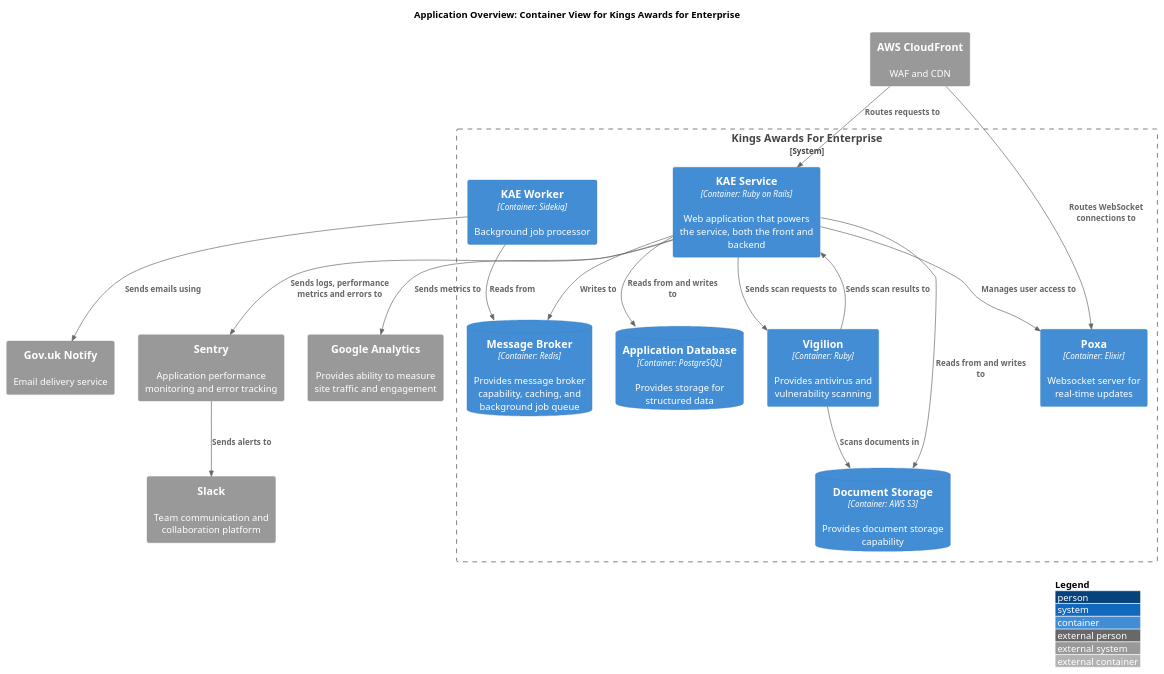
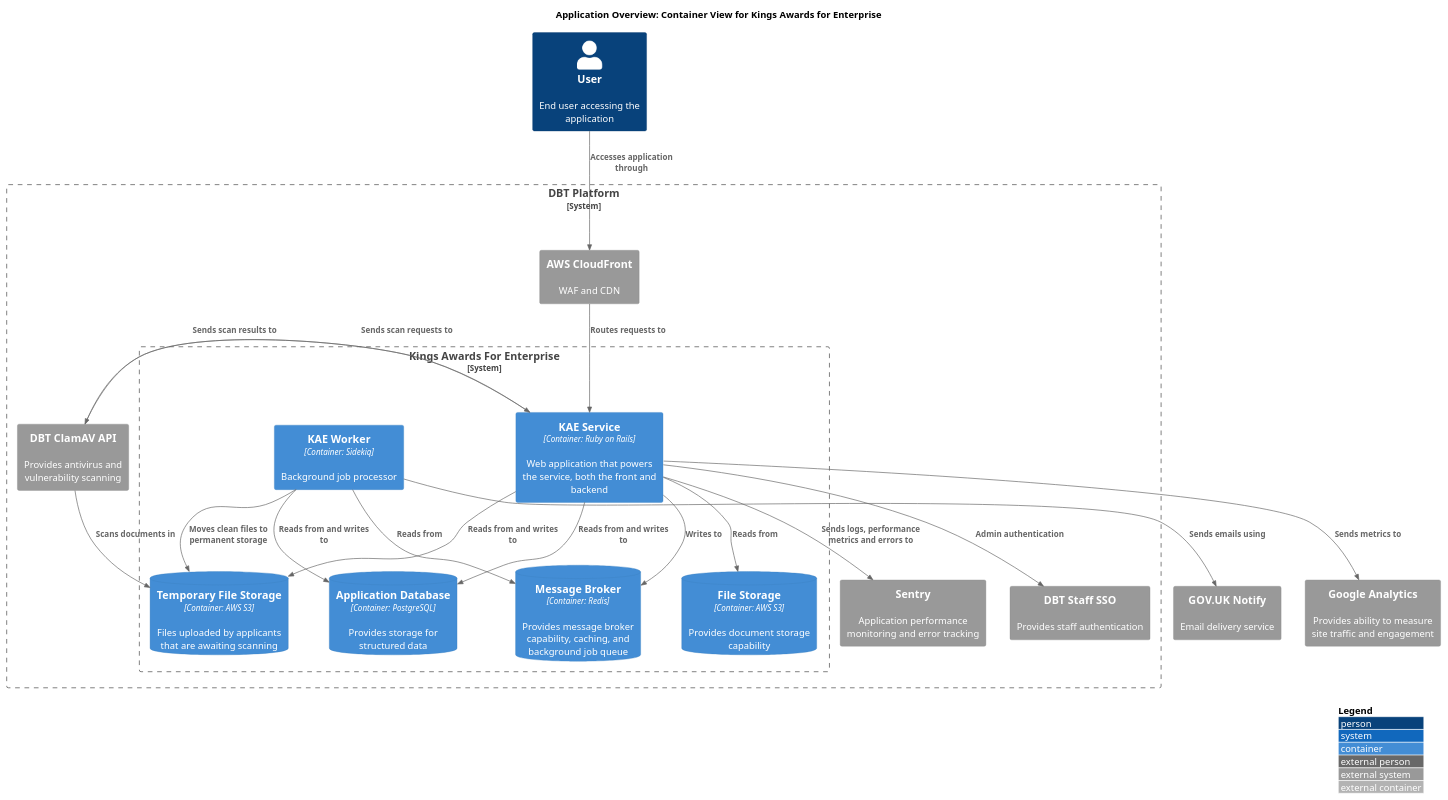
One commit to bitzesty/qae changed the diagram in doc/architecture/diagrams/application_overview.puml. Above: the diagram before and after it, drawn with PlantUML. The commit also changed 1 other file, not shown here.

Commit message:
Update system diagram
The to be scenario once we are on the DBT platform.

```diff
--- a/doc/architecture/diagrams/application_overview.puml
+++ b/doc/architecture/diagrams/application_overview.puml
@@ -1,39 +1,46 @@
 @startuml Application Overview
 !include https://raw.githubusercontent.com/plantuml-stdlib/C4-PlantUML/master/C4_Container.puml
 
 LAYOUT_WITH_LEGEND()
 
 title Application Overview: Container View for Kings Awards for Enterprise
 
-System_Boundary(kae, "Kings Awards For Enterprise") {
-    Container(kae_service, "KAE Service", "Container: Ruby on Rails", "Web application that powers the service, both the front and backend")
-    Container(kae_worker, "KAE Worker", "Container: Sidekiq", "Background job processor")
-    Container(poxa, "Poxa", "Container: Elixir", "Websocket server for real-time updates")
-    ContainerDb(message_broker, "Message Broker", "Container: Redis", "Provides message broker capability, caching, and background job queue")
-    ContainerDb(application_db, "Application Database", "Container: PostgreSQL", "Provides storage for structured data")
-    ContainerDb(document_storage, "Document Storage", "Container: AWS S3", "Provides document storage capability")
-    Container(vigilion, "Vigilion", "Container: Ruby", "Provides antivirus and vulnerability scanning")
+System_Boundary(dbt_platform, "DBT Platform") {
+    System_Ext(cloudfront, "AWS CloudFront", "WAF and CDN")
+    System_Ext(sentry, "Sentry", "Application performance monitoring and error tracking")
+    System_Ext(dbt_staff_sso, "DBT Staff SSO", "Provides staff authentication")
+    System_Ext(dbt_scanner, "DBT ClamAV API", "Provides antivirus and vulnerability scanning")
+
+    System_Boundary(kae, "Kings Awards For Enterprise") {
+        Container(kae_service, "KAE Service", "Container: Ruby on Rails", "Web application that powers the service, both the front and backend")
+        Container(kae_worker, "KAE Worker", "Container: Sidekiq", "Background job processor")
+        ContainerDb(message_broker, "Message Broker", "Container: Redis", "Provides message broker capability, caching, and background job queue")
+        ContainerDb(application_db, "Application Database", "Container: PostgreSQL", "Provides storage for structured data")
+        ContainerDb(temp_document_storage, "Temporary File Storage", "Container: AWS S3", "Files uploaded by applicants that are awaiting scanning")
+        ContainerDb(document_storage, "File Storage", "Container: AWS S3", "Provides document storage capability")
+    }
 }
 
-System_Ext(cloudfront, "AWS CloudFront", "WAF and CDN")
 System_Ext(google_analytics, "Google Analytics", "Provides ability to measure site traffic and engagement")
-System_Ext(gov_uk_notify, "Gov.uk Notify", "Email delivery service")
-System_Ext(sentry, "Sentry", "Application performance monitoring and error tracking")
-System_Ext(slack, "Slack", "Team communication and collaboration platform")
+System_Ext(gov_uk_notify, "GOV.UK Notify", "Email delivery service")
+
+Person(user, "User", "End user accessing the application")
 
 Rel(cloudfront, kae_service, "Routes requests to")
-Rel(cloudfront, poxa, "Routes WebSocket connections to")
 Rel(kae_service, google_analytics, "Sends metrics to")
 Rel(kae_worker, gov_uk_notify, "Sends emails using")
 Rel(kae_service, message_broker, "Writes to")
 Rel(kae_worker, message_broker, "Reads from")
 Rel(kae_service, application_db, "Reads from and writes to")
-Rel(kae_service, document_storage, "Reads from and writes to")
-Rel(vigilion, document_storage, "Scans documents in")
-Rel(kae_service, vigilion, "Sends scan requests to")
-Rel(vigilion, kae_service, "Sends scan results to")
-Rel(kae_service, poxa, "Manages user access to")
+Rel(kae_worker, application_db, "Reads from and writes to")
+Rel(kae_service, temp_document_storage, "Reads from and writes to")
+Rel(kae_service, document_storage, "Reads from")
+Rel(dbt_scanner, temp_document_storage, "Scans documents in")
+Rel(kae_service, dbt_scanner, "Sends scan requests to")
+Rel(dbt_scanner, kae_service, "Sends scan results to")
+Rel(kae_worker, temp_document_storage, "Moves clean files to permanent storage")
+Rel(kae_service, dbt_staff_sso, "Admin authentication")
 Rel(kae_service, sentry, "Sends logs, performance metrics and errors to")
-Rel(sentry, slack, "Sends alerts to")
+Rel(user, cloudfront, "Accesses application through")
 
 @enduml
```
